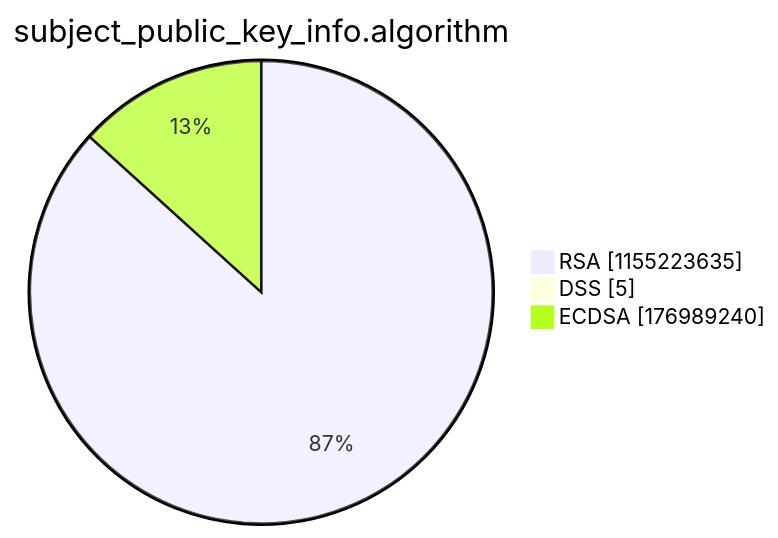
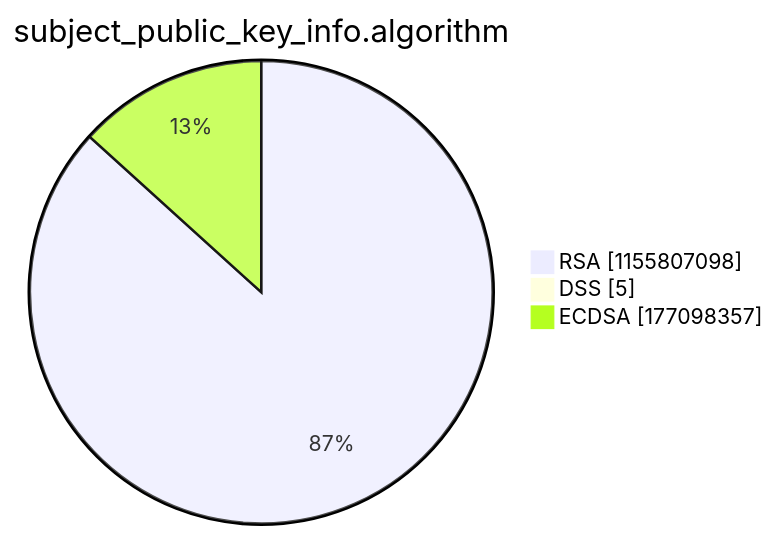
One commit to christiankrug/ctmonitor_visualization changed the third of 15 diagrams in argon2022/README.md. Above: the diagram before and after it, drawn with Mermaid. The commit also changed other lines of this file, not shown here.

````diff
--- a/argon2022/README.md
+++ b/argon2022/README.md
@@ -14,7 +14,7 @@
 ```mermaid
 pie showData
 title subject_public_key_info.algorithm
-"RSA" :1155223635
+"RSA" :1155807098
 "DSS" :5
-"ECDSA" :176989240
+"ECDSA" :177098357
 ```
````
